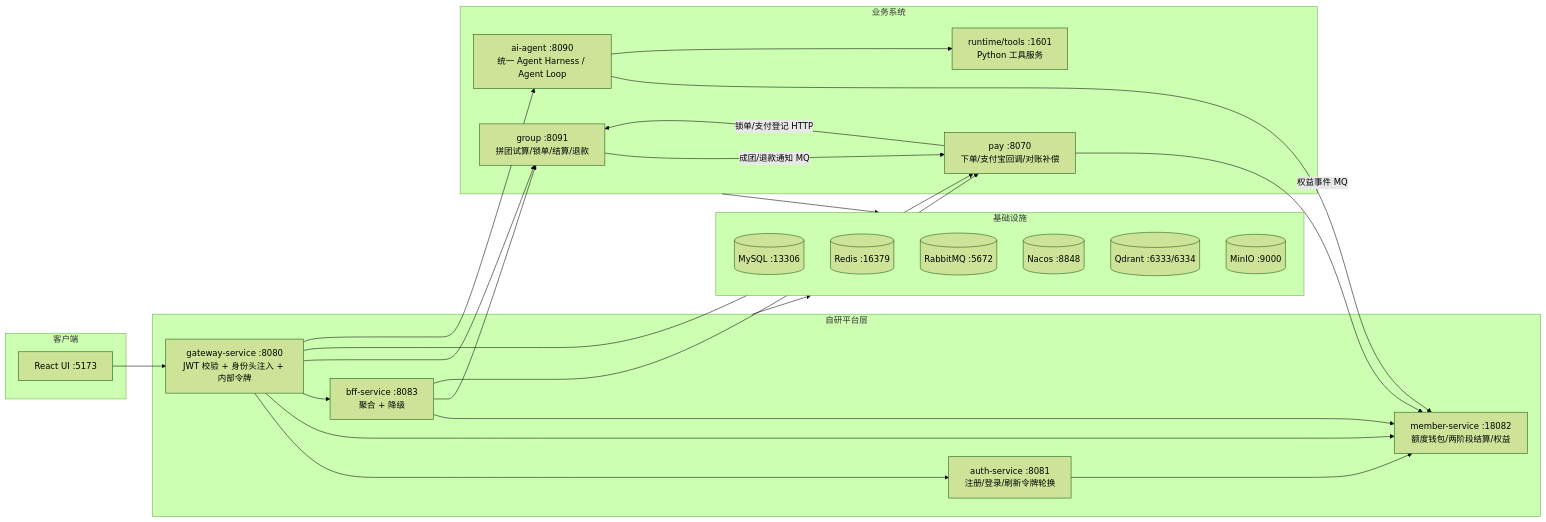
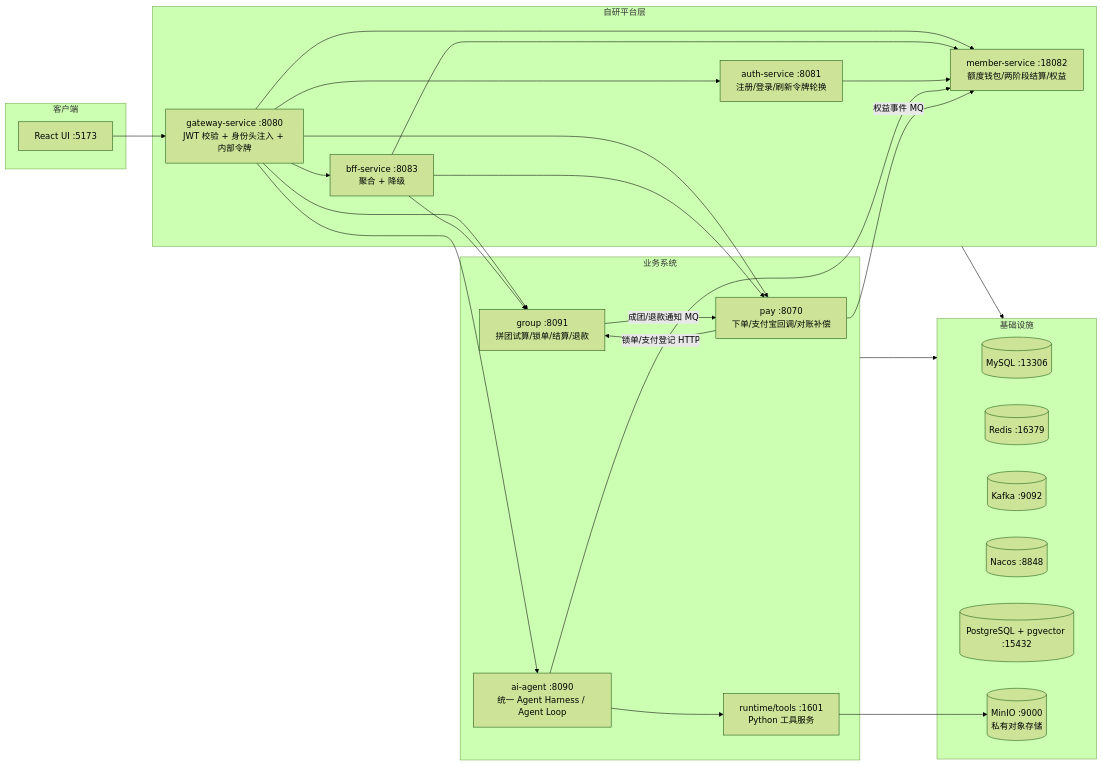
One commit to zhanglinrun/ai-group changed the diagram in README.md. Above: the diagram before and after it, drawn with Mermaid (forest theme). The commit also changed other lines of this file and 57 other files, not shown here.

````diff
--- a/README.md
+++ b/README.md
@@ -11,40 +59,41 @@
 ```mermaid
 flowchart LR
     subgraph client [客户端]
         UI["React UI :5173"]
     end
 
     subgraph platform [自研平台层]
         GW["gateway-service :8080<br/>JWT 校验 + 身份头注入 + 内部令牌"]
         AUTH["auth-service :8081<br/>注册/登录/刷新令牌轮换"]
         MEMBER["member-service :18082<br/>额度钱包/两阶段结算/权益"]
         BFF["bff-service :8083<br/>聚合 + 降级"]
     end
 
     subgraph business [业务系统]
         GROUP["group :8091<br/>拼团试算/锁单/结算/退款"]
         PAY["pay :8070<br/>下单/支付宝回调/对账补偿"]
         AGENT["ai-agent :8090<br/>统一 Agent Harness / Agent Loop"]
         TOOL["runtime/tools :1601<br/>Python 工具服务"]
     end
 
     subgraph infra [基础设施]
         MYSQL[("MySQL :13306")]
         REDIS[("Redis :16379")]
-        MQ[("RabbitMQ :5672")]
+        MQ[("Kafka :9092")]
         NACOS[("Nacos :8848")]
-        QDRANT[("Qdrant :6333/6334")]
-        MINIO[("MinIO :9000")]
+        PGVECTOR[("PostgreSQL + pgvector :15432")]
+        MINIO[("MinIO :9000<br/>私有对象存储")]
     end
 
     UI --> GW
     GW --> AUTH & MEMBER & BFF & GROUP & PAY & AGENT
     BFF --> MEMBER & GROUP & PAY
     AUTH --> MEMBER
     AGENT --> MEMBER & TOOL
+    TOOL --> MINIO
     PAY -->|"锁单/支付登记 HTTP"| GROUP
     GROUP -->|"成团/退款通知 MQ"| PAY
     PAY -->|"权益事件 MQ"| MEMBER
     business --> infra
     platform --> infra
 ```
````
